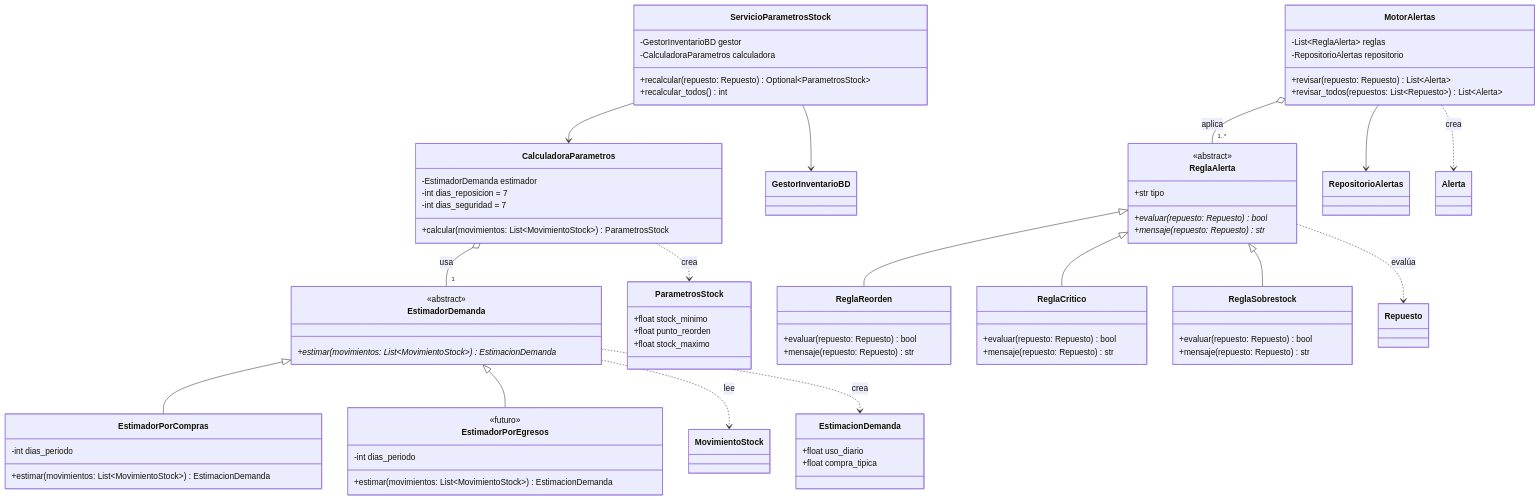
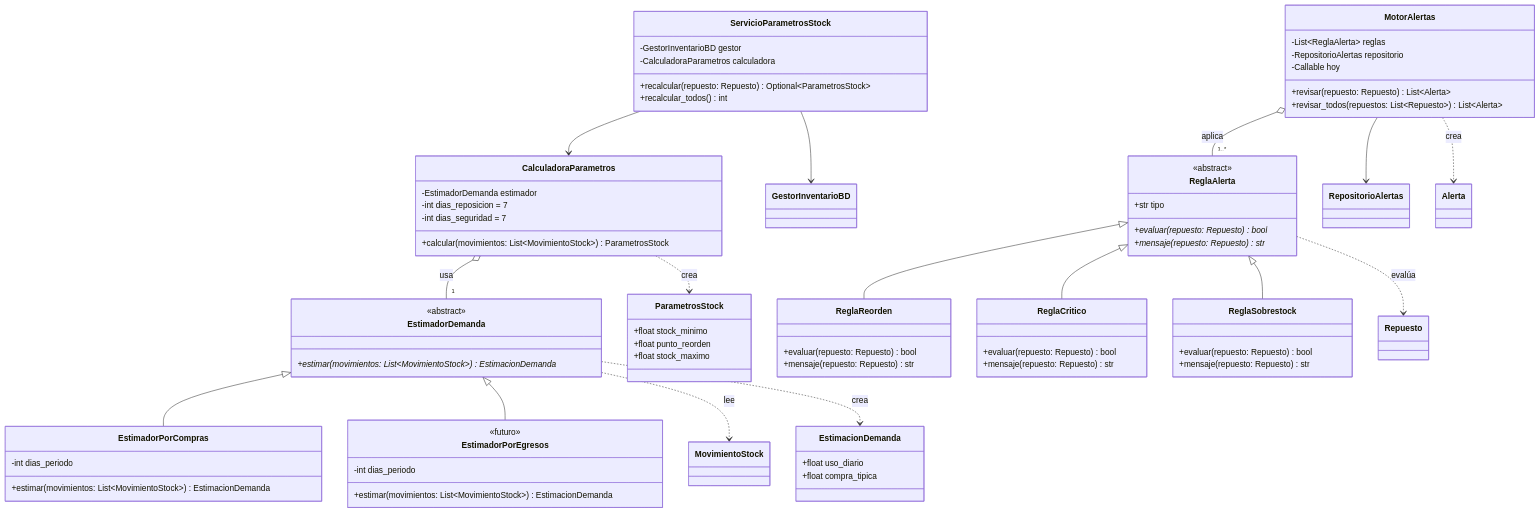
The second of 2 diagrams in docs/diagrama_UML.md (lgarciabode/Gestor_Stock_Durand_GarciaBode), drawn with Mermaid before and after one commit. The commit also changed other lines of this file and 6 other files, not shown here.

```diff
--- a/docs/diagrama_UML.md
+++ b/docs/diagrama_UML.md
@@ -230,6 +231,7 @@
     class MotorAlertas {
         -List~ReglaAlerta~ reglas
         -RepositorioAlertas repositorio
+        -Callable hoy
         +revisar(repuesto: Repuesto) List~Alerta~
         +revisar_todos(repuestos: List~Repuesto~) List~Alerta~
     }
```
